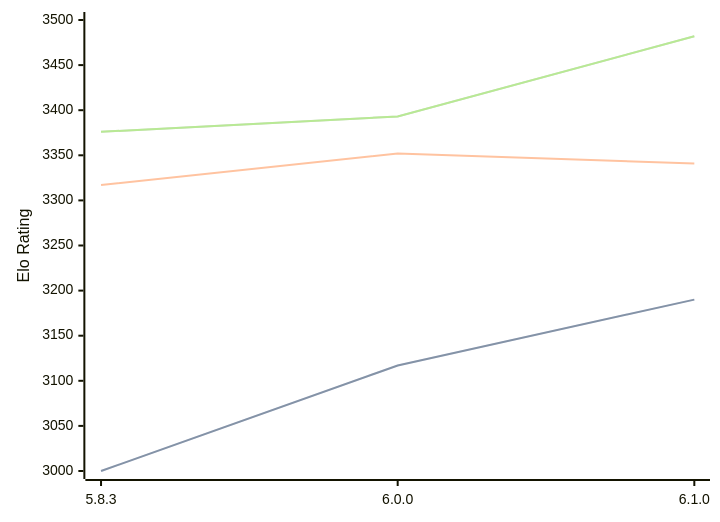
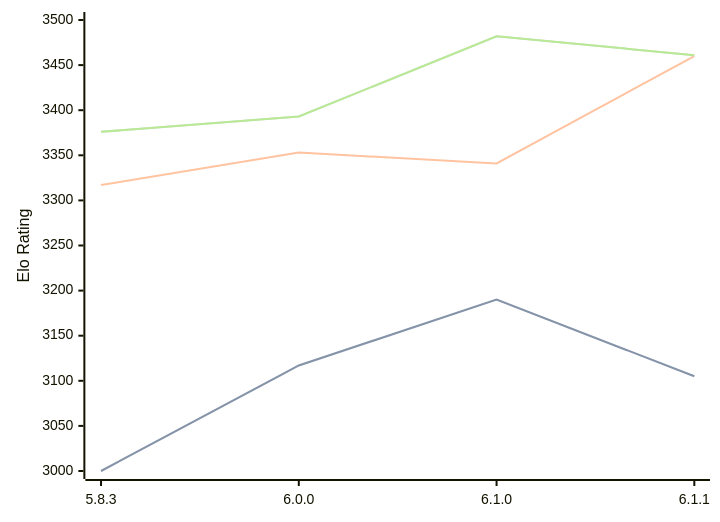
One commit to computer-chess-index/cci changed the diagram in engines/Zigqueen.md. Above: the diagram before and after it, drawn with Mermaid. The commit also changed other lines of this file, not shown here.

Commit message:
Update CCI Ratings (ELO VLTC) - 2026-09-05

````diff
--- a/engines/Zigqueen.md
+++ b/engines/Zigqueen.md
@@ -36,11 +37,11 @@
 ```mermaid
 %%{init: {"theme":"base","themeVariables":{"seriesColors:['#a3a3a3','#222221','#faa371']}}}%%
 xychart-beta
-  x-axis ["5.8.3", "6.0.0", "6.1.0"]
+  x-axis ["5.8.3", "6.0.0", "6.1.0", "6.1.1"]
   y-axis "Elo Rating" 3000 --> 3500
-  line "" [3000, 3117, 3190]
-  line "STC (8.0+0.08s)" [3000, 3117, 3190]
-  line "LTC (60.0+0.60s)" [3317, 3352, 3341]
-  line "" [3376, 3393, 3482]
-  line "VLTC (2m24s+1.12s)" [3376, 3393, 3482]
+  line "" [3000, 3117, 3190, 3105]
+  line "STC (8.0+0.08s)" [3000, 3117, 3190, 3105]
+  line "LTC (60.0+0.60s)" [3317, 3353, 3341, 3460]
+  line "" [3376, 3393, 3482, 3461]
+  line "VLTC (2m24s+1.12s)" [3376, 3393, 3482, 3461]
 ```
````
